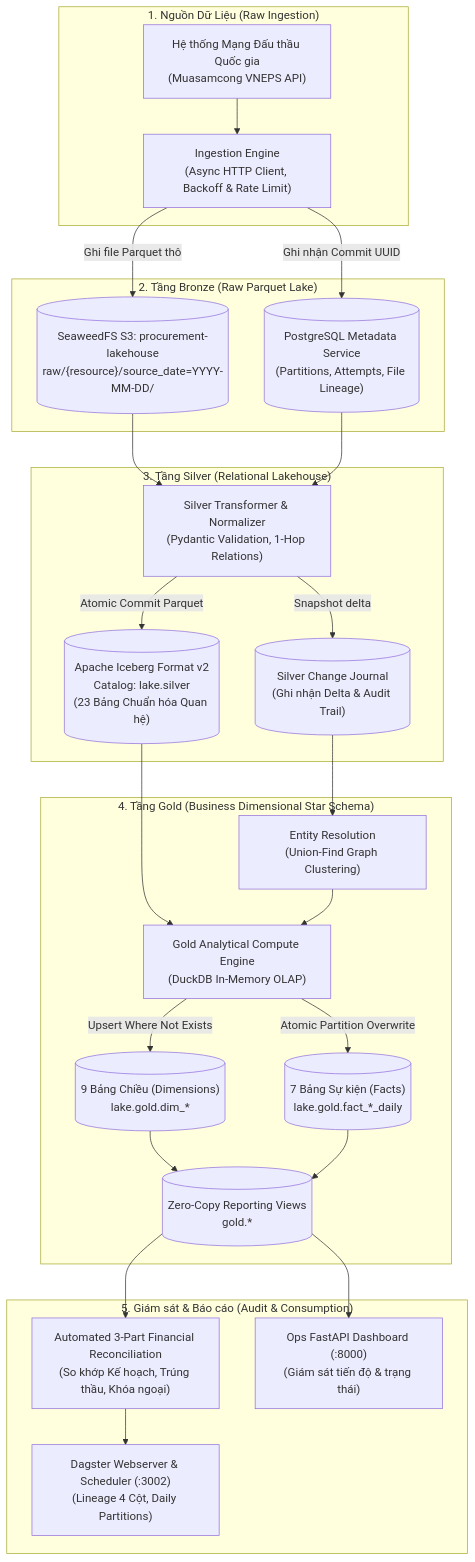
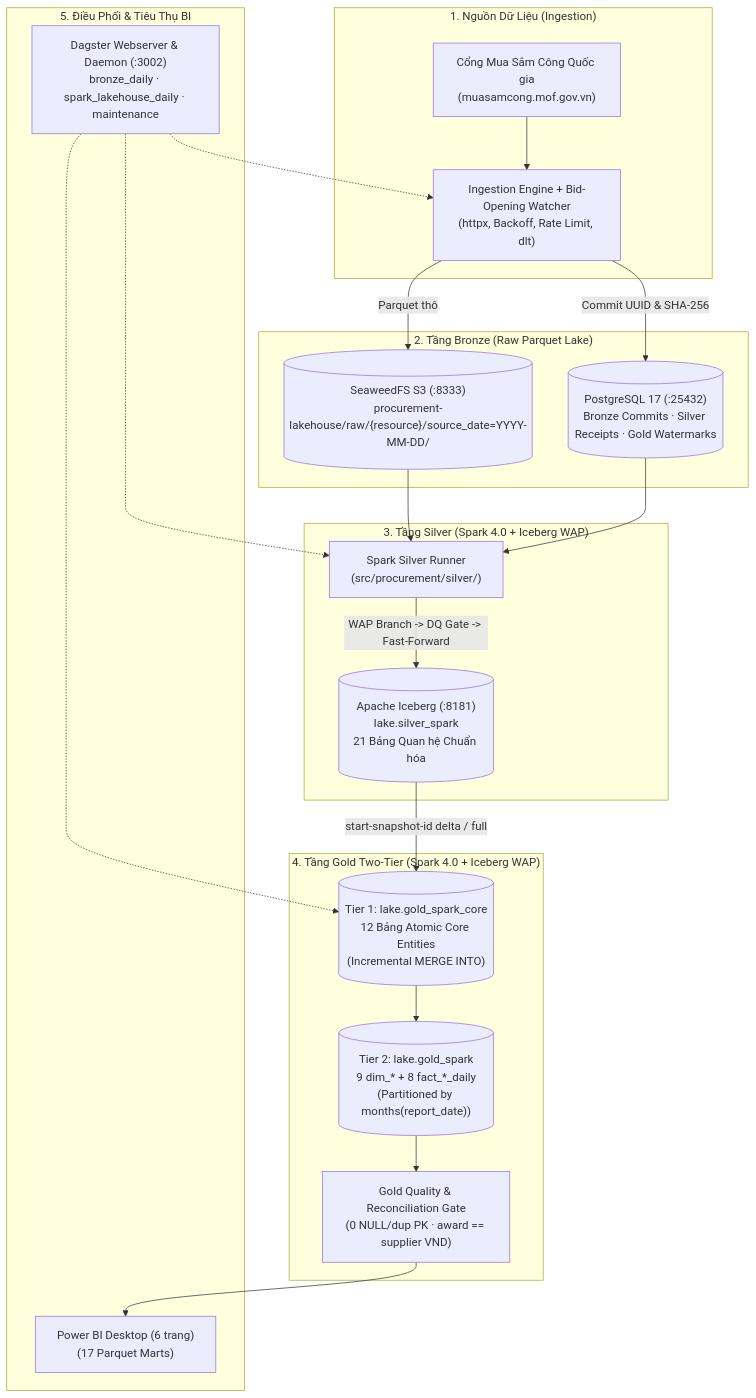
Before and after one commit to KhangQuachUnique/procurement-lakehouse: the first of 2 diagrams in docs/architecture/01-system-overview-and-dataflow.md, drawn with Mermaid. The commit also changed other lines of this file and 467 other files, not shown here.

First line of the commit message:
Feat/spark engine replace (#8)

````diff
--- a/docs/architecture/01-system-overview-and-dataflow.md
+++ b/docs/architecture/01-system-overview-and-dataflow.md
@@ -14,52 +12,41 @@
 ```mermaid
 flowchart TD
-    subgraph S1["1. Nguồn Dữ Liệu (Raw Ingestion)"]
-        API["Hệ thống Mạng Đấu thầu Quốc gia<br/>(Muasamcong VNEPS API)"]
-        INGEST["Ingestion Engine<br/>(Async HTTP Client, Backoff & Rate Limit)"]
+    subgraph S1["1. Nguồn Dữ Liệu (Ingestion)"]
+        API["Cổng Mua Sắm Công Quốc gia<br/>(muasamcong.mof.gov.vn)"]
+        INGEST["Ingestion Engine + Bid-Opening Watcher<br/>(httpx, Backoff, Rate Limit, dlt)"]
         API --> INGEST
     end
 
     subgraph S2["2. Tầng Bronze (Raw Parquet Lake)"]
-        BRONZE_S3[("SeaweedFS S3: procurement-lakehouse<br/>raw/{resource}/source_date=YYYY-MM-DD/")]
-        PG_META[("PostgreSQL Metadata Service<br/>(Partitions, Attempts, File Lineage)")]
-        INGEST -->|"Ghi file Parquet thô"| BRONZE_S3
-        INGEST -->|"Ghi nhận Commit UUID"| PG_META
+        BRONZE_S3[("SeaweedFS S3 (:8333)<br/>procurement-lakehouse/raw/{resource}/source_date=YYYY-MM-DD/")]
+        PG_META[("PostgreSQL 17 (:25432)<br/>Bronze Commits · Silver Receipts · Gold Watermarks")]
+        INGEST -->|"Parquet thô"| BRONZE_S3
+        INGEST -->|"Commit UUID & SHA-256"| PG_META
     end
 
-    subgraph S3["3. Tầng Silver (Relational Lakehouse)"]
-        SILVER_TRANS["Silver Transformer & Normalizer<br/>(Pydantic Validation, 1-Hop Relations)"]
-        SILVER_ICEBERG[("Apache Iceberg Format v2<br/>Catalog: lake.silver<br/>(23 Bảng Chuẩn hóa Quan hệ)")]
-        JOURNAL[("Silver Change Journal<br/>(Ghi nhận Delta & Audit Trail)")]
-        
-        BRONZE_S3 --> SILVER_TRANS
-        PG_META --> SILVER_TRANS
-        SILVER_TRANS -->|"Atomic Commit Parquet"| SILVER_ICEBERG
-        SILVER_TRANS -->|"Snapshot delta"| JOURNAL
+    subgraph S3["3. Tầng Silver (Spark 4.0 + Iceberg WAP)"]
+        SILVER_SPARK["Spark Silver Runner<br/>(src/procurement/silver/)"]
+        SILVER_ICEBERG[("Apache Iceberg (:8181)<br/>lake.silver_spark<br/>21 Bảng Quan hệ Chuẩn hóa")]
+        BRONZE_S3 --> SILVER_SPARK
+        PG_META --> SILVER_SPARK
+        SILVER_SPARK -->|"WAP Branch -> DQ Gate -> Fast-Forward"| SILVER_ICEBERG
     end
 
-    subgraph S4["4. Tầng Gold (Business Dimensional Star Schema)"]
-        GOLD_COMPUTE["Gold Analytical Compute Engine<br/>(DuckDB In-Memory OLAP)"]
-        CLUSTERING["Entity Resolution<br/>(Union-Find Graph Clustering)"]
-        GOLD_DIMS[("9 Bảng Chiều (Dimensions)<br/>lake.gold.dim_*")]
-        GOLD_FACTS[("7 Bảng Sự kiện (Facts)<br/>lake.gold.fact_*_daily")]
-        VIEWS[("Zero-Copy Reporting Views<br/>gold.*")]
-        
-        SILVER_ICEBERG --> GOLD_COMPUTE
-        JOURNAL --> CLUSTERING
-        CLUSTERING --> GOLD_COMPUTE
-        GOLD_COMPUTE -->|"Upsert Where Not Exists"| GOLD_DIMS
-        GOLD_COMPUTE -->|"Atomic Partition Overwrite"| GOLD_FACTS
-        GOLD_DIMS --> VIEWS
-        GOLD_FACTS --> VIEWS
+    subgraph S4["4. Tầng Gold Two-Tier (Spark 4.0 + Iceberg WAP)"]
+        GOLD_CORE[("Tier 1: lake.gold_spark_core<br/>12 Bảng Atomic Core Entities<br/>(Incremental MERGE INTO)")]
+        GOLD_MART[("Tier 2: lake.gold_spark<br/>9 dim_* + 8 fact_*_daily<br/>(Partitioned by months(report_date))")]
+        DQ_GATE["Gold Quality & Reconciliation Gate<br/>(0 NULL/dup PK · award == supplier VND)"]
+        SILVER_ICEBERG -->|"start-snapshot-id delta / full"| GOLD_CORE
+        GOLD_CORE --> GOLD_MART
+        GOLD_MART --> DQ_GATE
     end
 
-    subgraph S5["5. Giám sát & Báo cáo (Audit & Consumption)"]
-        RECONCILE["Automated 3-Part Financial Reconciliation<br/>(So khớp Kế hoạch, Trúng thầu, Khóa ngoại)"]
-        DAGSTER["Dagster Webserver & Scheduler (:3002)<br/>(Lineage 4 Cột, Daily Partitions)"]
-        OPS["Ops FastAPI Dashboard (:8000)<br/>(Giám sát tiến độ & trạng thái)"]
-        
-        VIEWS --> RECONCILE
-        RECONCILE --> DAGSTER
-        VIEWS --> OPS
+    subgraph S5["5. Điều Phối & Tiêu Thụ BI"]
+        DAGSTER["Dagster Webserver & Daemon (:3002)<br/>bronze_daily · spark_lakehouse_daily · maintenance"]
+        PBI["Power BI Desktop (6 trang)<br/>(17 Parquet Marts)"]
+        DQ_GATE --> PBI
+        DAGSTER -.-> INGEST
+        DAGSTER -.-> SILVER_SPARK
+        DAGSTER -.-> GOLD_CORE
     end
 ```
````
